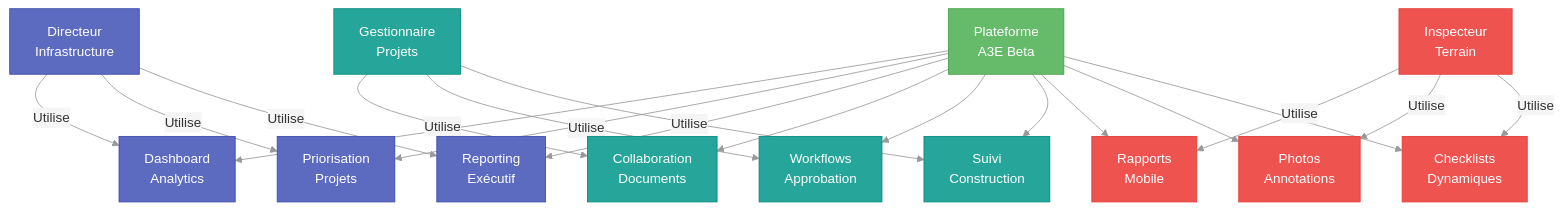
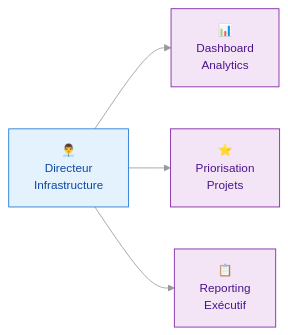
Before and after one commit to MacroMan5/project_a3e_beta: the third of 9 diagrams in project/6_product_specifications/PRD_MASTER.md, drawn with Mermaid. The commit also changed other lines of this file and 16 other files, not shown here.

````diff
--- a/project/6_product_specifications/PRD_MASTER.md
+++ b/project/6_product_specifications/PRD_MASTER.md
@@ -178,35 +174,13 @@
 ```mermaid
-%%{init: {'theme': 'base', 'themeVariables': { 'primaryColor': '#f5f5f5', 'lineColor': '#999'}}}%%
-graph TD
-    classDef director fill:#5C6BC0,stroke:#3949AB,color:white
-    classDef manager fill:#26A69A,stroke:#00897B,color:white
-    classDef inspector fill:#EF5350,stroke:#E53935,color:white
-    classDef platform fill:#66BB6A,stroke:#43A047,color:white
-
-    D[Directeur<br/>Infrastructure] -->|Utilise| D1[Dashboard<br/>Analytics]
-    D -->|Utilise| D2[Priorisation<br/>Projets]
-    D -->|Utilise| D3[Reporting<br/>Exécutif]
+%%{init: {'theme': 'base', 'themeVariables': { 'primaryColor': '#f5f5f5', 'lineColor': '#999', 'fontFamily': 'Roboto, sans-serif'}}}%%
+graph LR
+    D[👨‍💼<br/>Directeur<br/>Infrastructure] --> D1[📊<br/>Dashboard<br/>Analytics]
+    D --> D2[⭐<br/>Priorisation<br/>Projets]
+    D --> D3[📋<br/>Reporting<br/>Exécutif]
     
-    M[Gestionnaire<br/>Projets] -->|Utilise| M1[Collaboration<br/>Documents]
-    M -->|Utilise| M2[Workflows<br/>Approbation]
-    M -->|Utilise| M3[Suivi<br/>Construction]
+    classDef director fill:#E3F2FD,stroke:#1976D2,color:#0D47A1,font-size:14px
+    classDef feature fill:#F3E5F5,stroke:#7B1FA2,color:#4A148C,font-size:14px
     
-    I[Inspecteur<br/>Terrain] -->|Utilise| I1[Rapports<br/>Mobile]
-    I -->|Utilise| I2[Photos<br/>Annotations]
-    I -->|Utilise| I3[Checklists<br/>Dynamiques]
-    
-    P[Plateforme<br/>A3E Beta] --> D1
-    P --> D2
-    P --> D3
-    P --> M1
-    P --> M2
-    P --> M3
-    P --> I1
-    P --> I2
-    P --> I3
-    
-    class D,D1,D2,D3 director
-    class M,M1,M2,M3 manager
-    class I,I1,I2,I3 inspector
-    class P platform
+    class D director
+    class D1,D2,D3 feature
 ```
````
